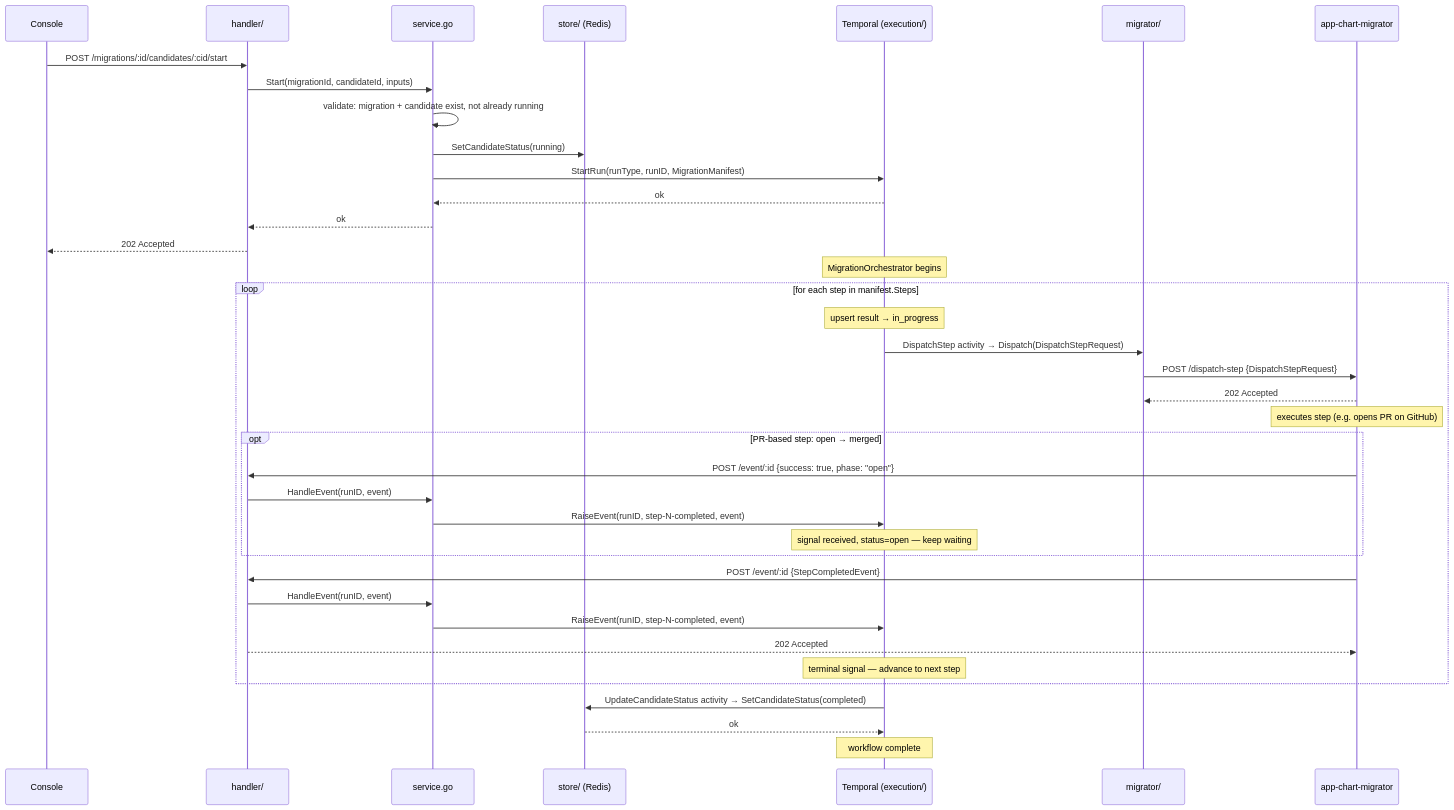
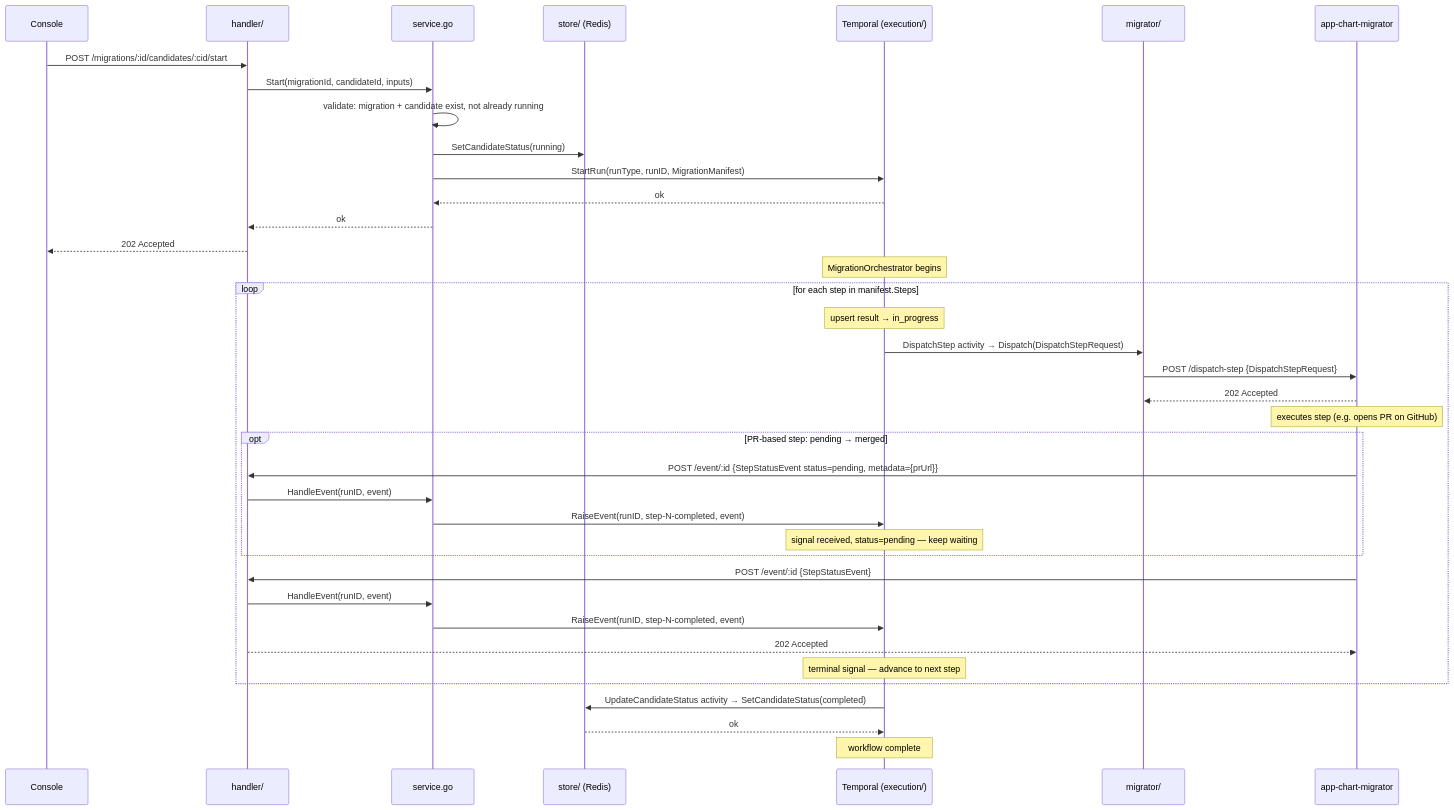
One commit to tilsley/loom changed the second of 5 diagrams in docs/flows.md. Above: the diagram before and after it, drawn with Mermaid. The commit also changed other lines of this file and 32 other files, not shown here.

````diff
--- a/docs/flows.md
+++ b/docs/flows.md
@@ -50,47 +50,47 @@
 ```mermaid
 sequenceDiagram
     participant Con as Console
     participant H as handler/
     participant S as service.go
     participant St as store/ (Redis)
     participant E as Temporal (execution/)
     participant M as migrator/
     participant W as app-chart-migrator
 
     Con->>H: POST /migrations/:id/candidates/:cid/start
     H->>S: Start(migrationId, candidateId, inputs)
     S->>S: validate: migration + candidate exist, not already running
     S->>St: SetCandidateStatus(running)
     S->>E: StartRun(runType, runID, MigrationManifest)
     E-->>S: ok
     S-->>H: ok
     H-->>Con: 202 Accepted
 
     Note over E: MigrationOrchestrator begins
 
     loop for each step in manifest.Steps
         Note over E: upsert result → in_progress
         E->>M: DispatchStep activity → Dispatch(DispatchStepRequest)
         M->>W: POST /dispatch-step {DispatchStepRequest}
         W-->>M: 202 Accepted
 
         Note over W: executes step (e.g. opens PR on GitHub)
 
-        opt PR-based step: open → merged
-            W->>H: POST /event/:id {success: true, phase: "open"}
+        opt PR-based step: pending → merged
+            W->>H: POST /event/:id {StepStatusEvent status=pending, metadata={prUrl}}
             H->>S: HandleEvent(runID, event)
             S->>E: RaiseEvent(runID, step-N-completed, event)
-            Note over E: signal received, status=open — keep waiting
+            Note over E: signal received, status=pending — keep waiting
         end
 
-        W->>H: POST /event/:id {StepCompletedEvent}
+        W->>H: POST /event/:id {StepStatusEvent}
         H->>S: HandleEvent(runID, event)
         S->>E: RaiseEvent(runID, step-N-completed, event)
         H-->>W: 202 Accepted
         Note over E: terminal signal — advance to next step
     end
 
     E->>St: UpdateCandidateStatus activity → SetCandidateStatus(completed)
     St-->>E: ok
     Note over E: workflow complete
 ```
````
